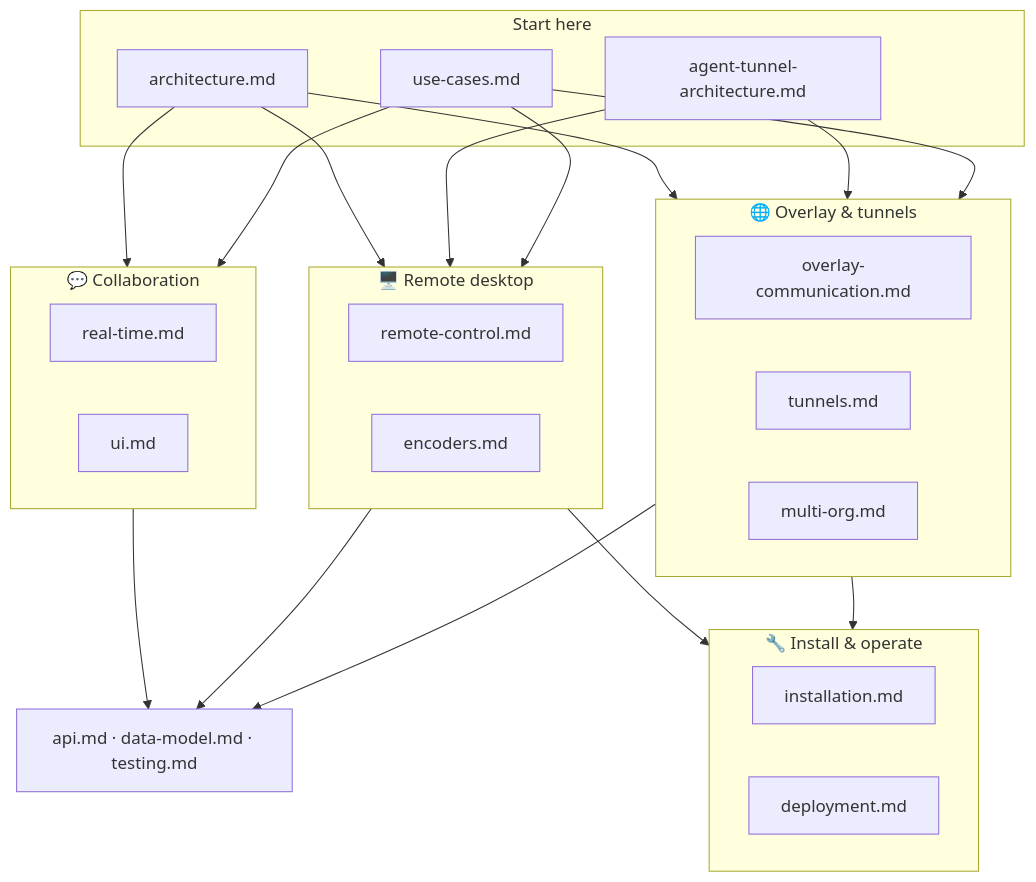
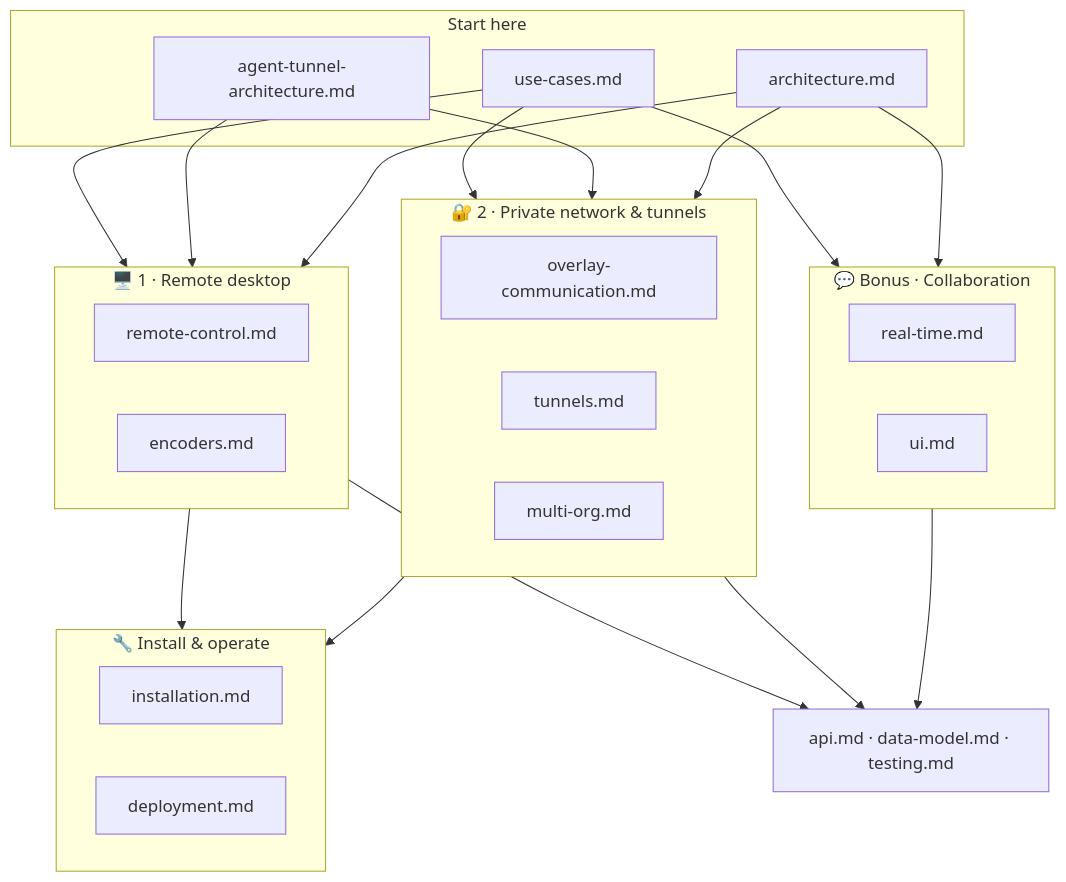
One commit to gjovanov/roomler-ai changed the diagram in docs/README.md. Above: the diagram before and after it, drawn with Mermaid. The commit also changed other lines of this file and 7 other files, not shown here.

````diff
--- a/docs/README.md
+++ b/docs/README.md
@@ -7,37 +13,37 @@
 ```mermaid
 flowchart TB
     subgraph entry["Start here"]
+        UC["use-cases.md"]
+        ATA["agent-tunnel-architecture.md"]
         ARCH["architecture.md"]
-        ATA["agent-tunnel-architecture.md"]
-        UC["use-cases.md"]
     end
 
-    subgraph collab["💬 Collaboration"]
-        RT["real-time.md"]
-        UIX["ui.md"]
-    end
-
-    subgraph rd["🖥️ Remote desktop"]
+    subgraph rd["🖥️ 1 · Remote desktop"]
         RC["remote-control.md"]
         ENC["encoders.md"]
     end
 
-    subgraph net["🌐 Overlay & tunnels"]
+    subgraph net["🔐 2 · Private network & tunnels"]
         OC["overlay-communication.md"]
         TUN["tunnels.md"]
         MO["multi-org.md"]
+    end
+
+    subgraph collab["💬 Bonus · Collaboration"]
+        RT["real-time.md"]
+        UIX["ui.md"]
     end
 
     subgraph ops["🔧 Install & operate"]
         INST["installation.md"]
         DEP["deployment.md"]
     end
 
     REF["api.md · data-model.md · testing.md"]
 
-    ARCH --> collab & rd & net
+    UC --> rd & net & collab
     ATA --> rd & net
-    UC --> collab & rd & net
+    ARCH --> rd & net & collab
     rd & net --> ops
-    collab & rd & net --> REF
+    rd & net & collab --> REF
 ```
````
